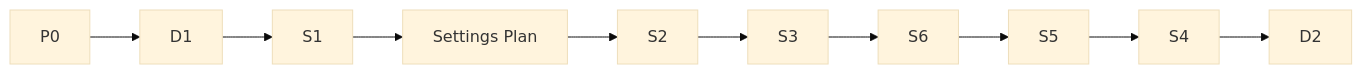
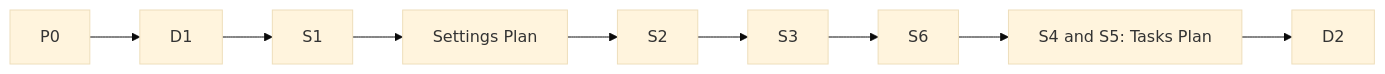
Before and after one commit to CTRL-Neo-Studios/vertex: the diagram in plans/Sample Plugins Plan.md, drawn with Mermaid (base theme). The commit also changed other lines of this file and 1 other file, not shown here.

First line of the commit message:
docs(plans): plan Tasks as one sample in S4 and S5's place

````diff
--- a/plans/Sample Plugins Plan.md
+++ b/plans/Sample Plugins Plan.md
@@ -45,4 +45,4 @@
 ```mermaid
 flowchart LR
-  P0 --> D1 --> S1 --> Settings["Settings Plan"] --> S2 --> S3 --> S6 --> S5 --> S4 --> D2
+  P0 --> D1 --> S1 --> Settings["Settings Plan"] --> S2 --> S3 --> S6 --> Tasks["S4 and S5: Tasks Plan"] --> D2
 ```
````
